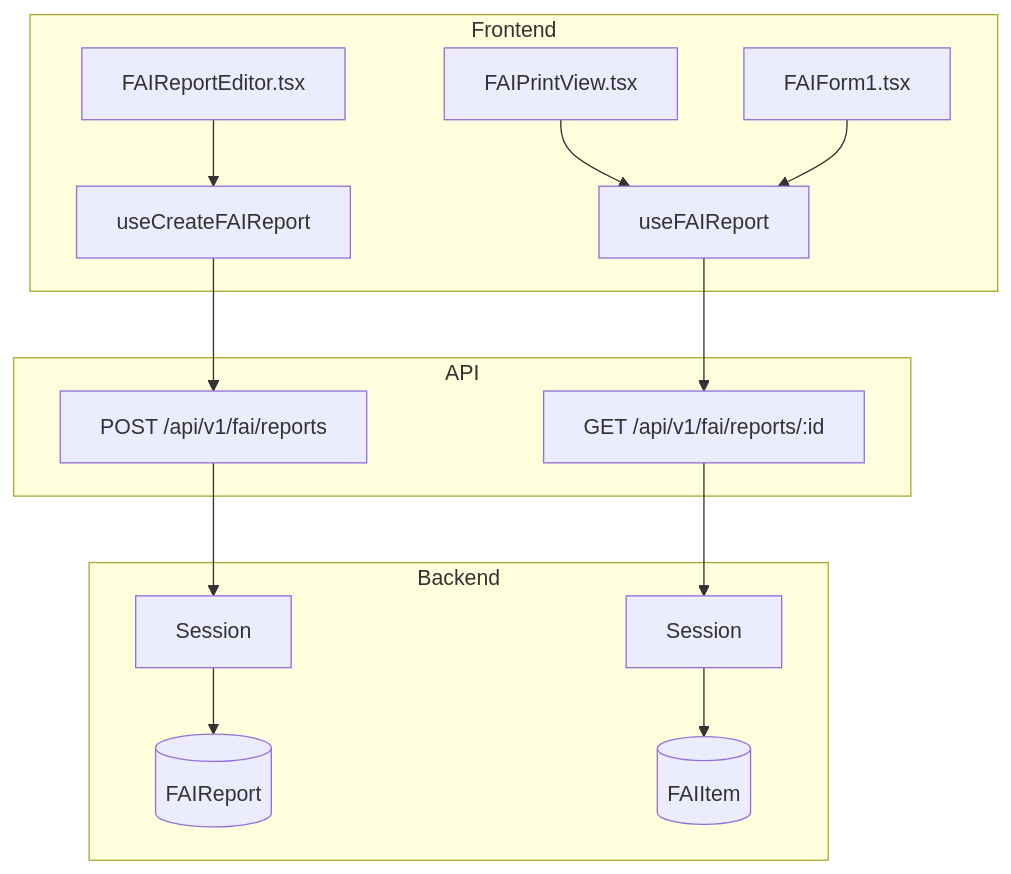
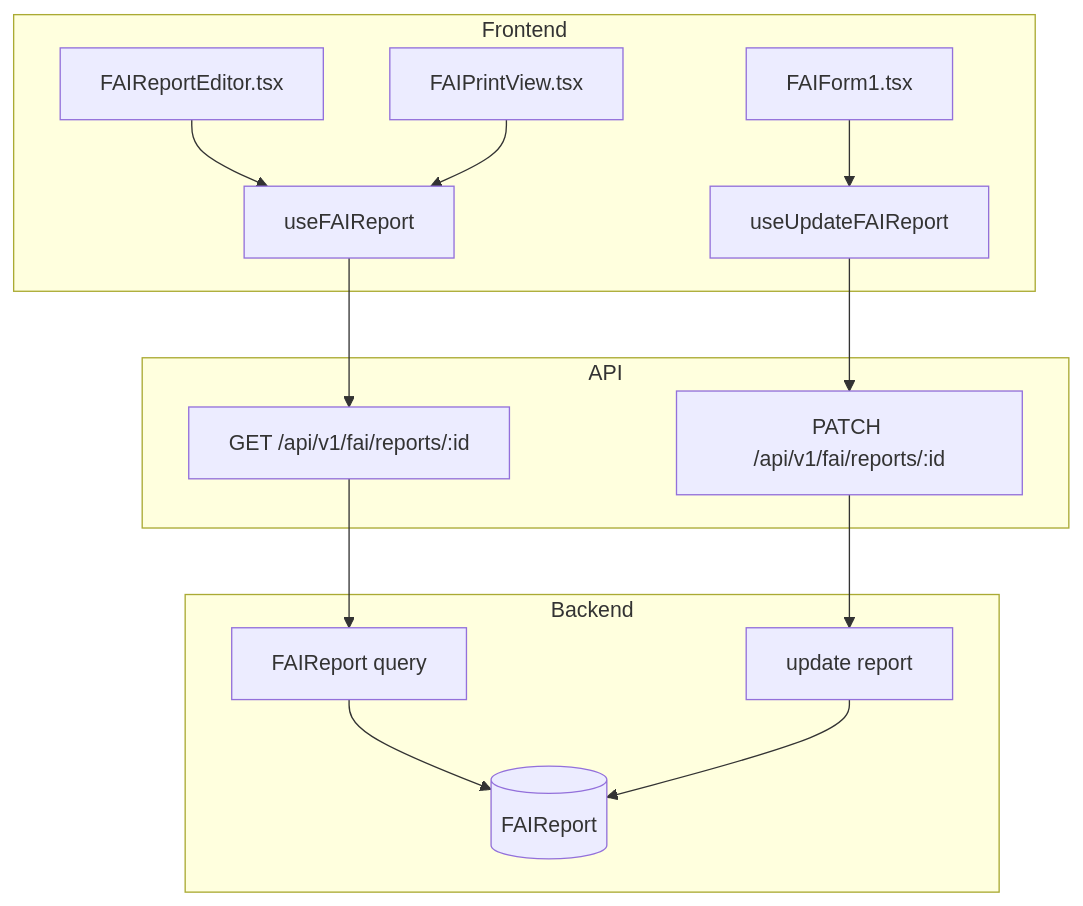
One commit to saturnis-io/cassini changed the first of 2 diagrams in .knowledge/features/fai.md. Above: the diagram before and after it, drawn with Mermaid. The commit also changed other lines of this file and 15 other files, not shown here.

Commit message:
knowledge-graph: regenerate

````diff
--- a/.knowledge/features/fai.md
+++ b/.knowledge/features/fai.md
@@ -5,18 +5,18 @@
 ```mermaid
 flowchart TD
     subgraph Frontend
-        C1[FAIReportEditor.tsx] --> H1[useCreateFAIReport]
-        C2[FAIPrintView.tsx] --> H2[useFAIReport]
-        C3[FAIForm1.tsx] --> H2
+        C1[FAIReportEditor.tsx] --> H1[useFAIReport]
+        C2[FAIPrintView.tsx] --> H1
+        C3[FAIForm1.tsx] --> H2[useUpdateFAIReport]
     end
     subgraph API
-        H1 --> E1[POST /api/v1/fai/reports]
-        H2 --> E2[GET /api/v1/fai/reports/:id]
+        H1 --> E1[GET /api/v1/fai/reports/:id]
+        H2 --> E2[PATCH /api/v1/fai/reports/:id]
     end
     subgraph Backend
-        E1 --> R1[Session]
+        E1 --> R1[FAIReport query]
         R1 --> M1[(FAIReport)]
-        E2 --> R2[Session]
-        R2 --> M2[(FAIItem)]
+        E2 --> S1[update report]
+        S1 --> M1
     end
 ```
````
